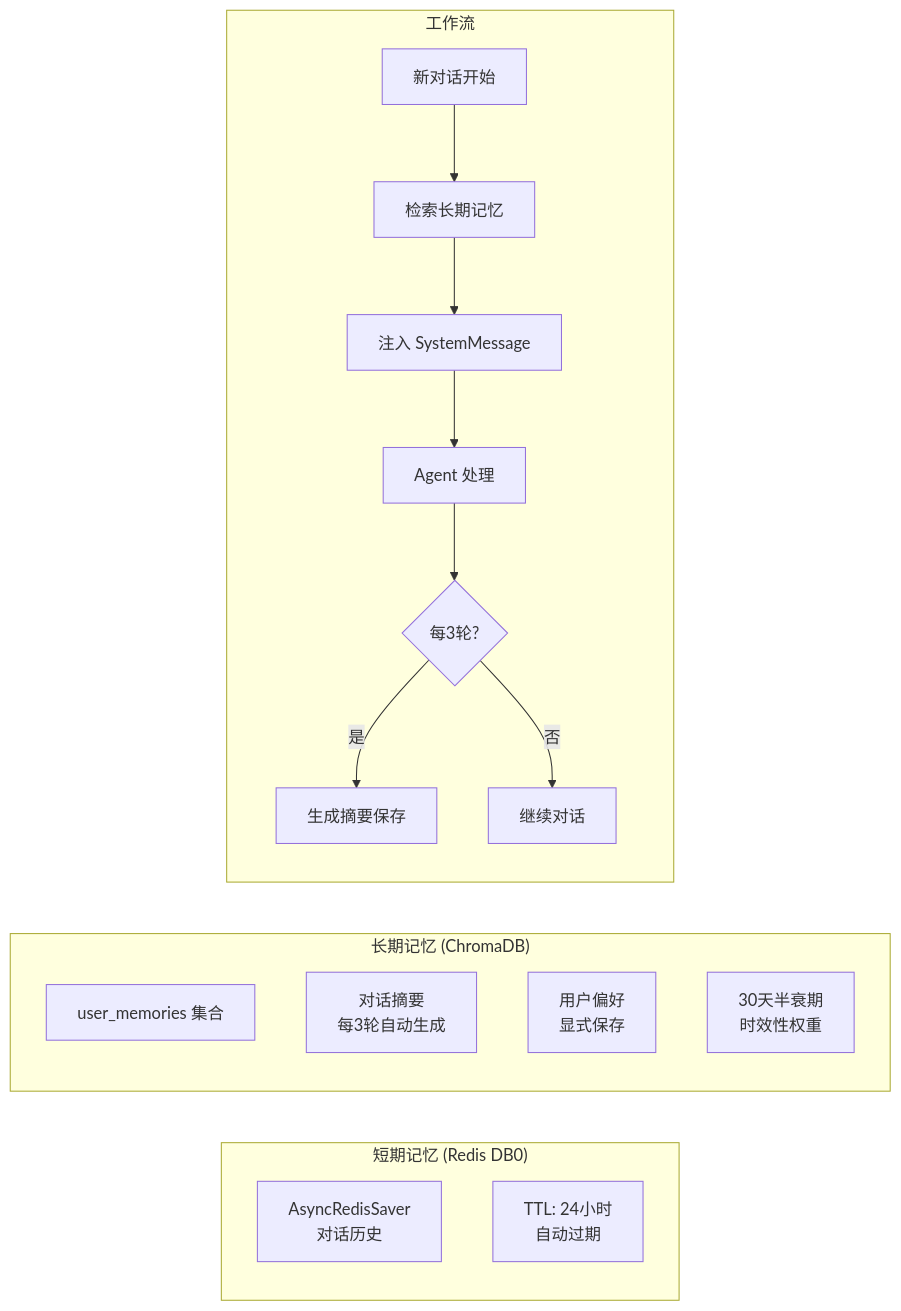
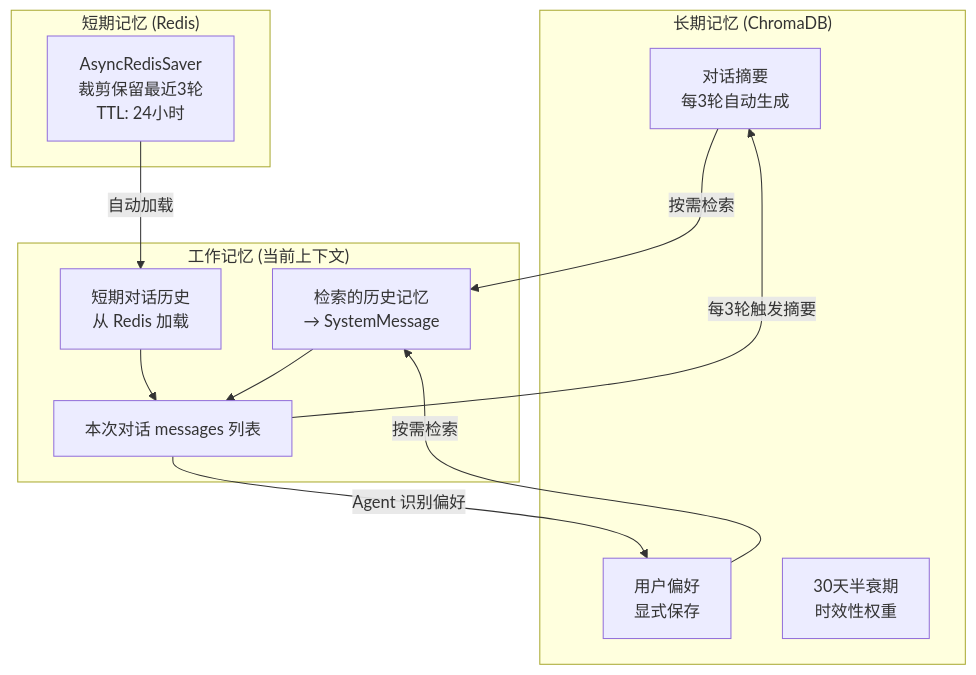
The third of 3 diagrams in README.md (VingerChan/CustomerService_Agent), drawn with Mermaid before and after one commit. The commit also changed other lines of this file, not shown here.

Commit message:
docs: 更新README

````diff
--- a/README.md
+++ b/README.md
@@ -123,23 +123,25 @@
 ```mermaid
-graph LR
-    subgraph "短期记忆 (Redis DB0)"
-        R1["AsyncRedisSaver<br/>对话历史"]
-        R2["TTL: 24小时<br/>自动过期"]
+graph TB
+    subgraph "长期记忆 (ChromaDB)"
+        LTM1["对话摘要<br/>每3轮自动生成"]
+        LTM2["用户偏好<br/>显式保存"]
+        LTM3["30天半衰期<br/>时效性权重"]
     end
 
-    subgraph "长期记忆 (ChromaDB)"
-        C1["user_memories 集合"]
-        C2["对话摘要<br/>每3轮自动生成"]
-        C3["用户偏好<br/>显式保存"]
-        C4["30天半衰期<br/>时效性权重"]
+    subgraph "工作记忆 (当前上下文)"
+        WM["本次对话 messages 列表"]
+        WM1["检索的历史记忆<br/>→ SystemMessage"]
+        WM2["短期对话历史<br/>从 Redis 加载"]
     end
 
-    subgraph "工作流"
-        A1["新对话开始"] --> A2["检索长期记忆"]
-        A2 --> A3["注入 SystemMessage"]
-        A3 --> A4["Agent 处理"]
-        A4 --> A5{"每3轮?"}
-        A5 -->|是| A6["生成摘要保存"]
-        A5 -->|否| A7["继续对话"]
+    subgraph "短期记忆 (Redis)"
+        STM["AsyncRedisSaver<br/>裁剪保留最近3轮<br/>TTL: 24小时"]
     end
+
+    LTM1 & LTM2 -->|"按需检索"| WM1
+    STM -->|"自动加载"| WM2
+    WM1 --> WM
+    WM2 --> WM
+    WM -->|"每3轮触发摘要"| LTM1
+    WM -->|"Agent 识别偏好"| LTM2
 ```
````
